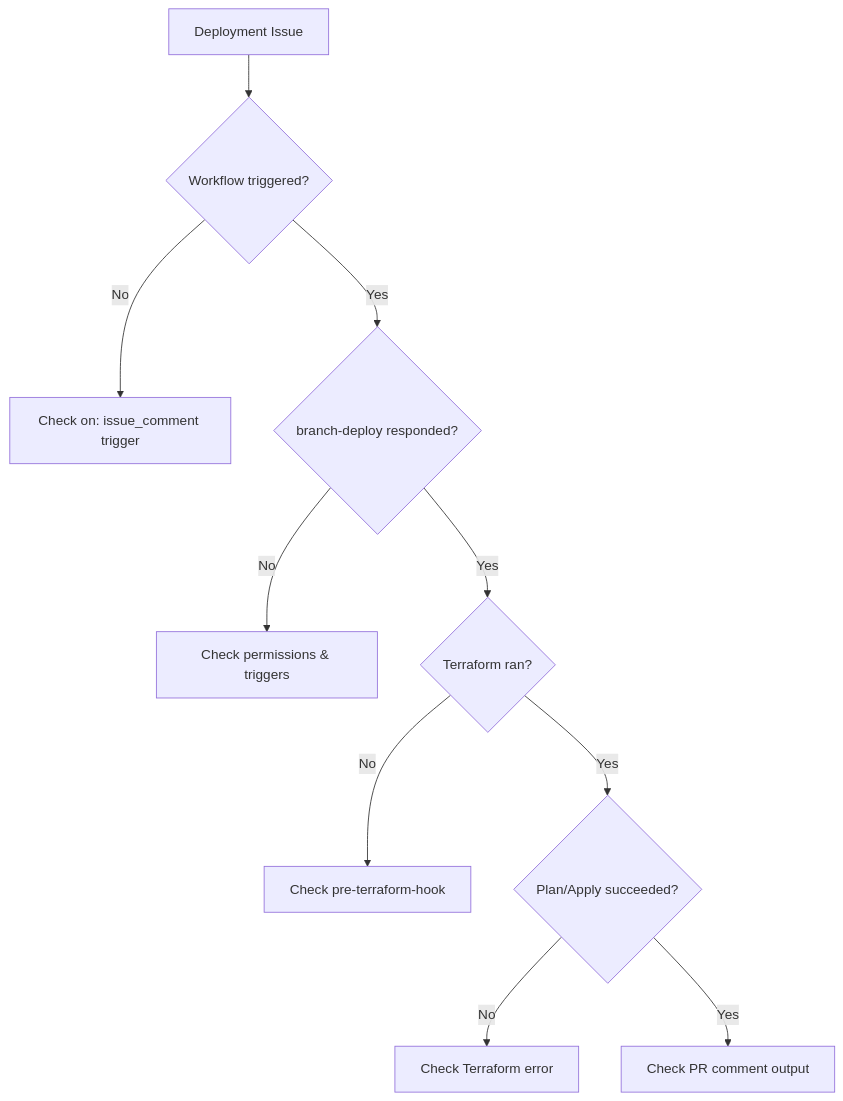
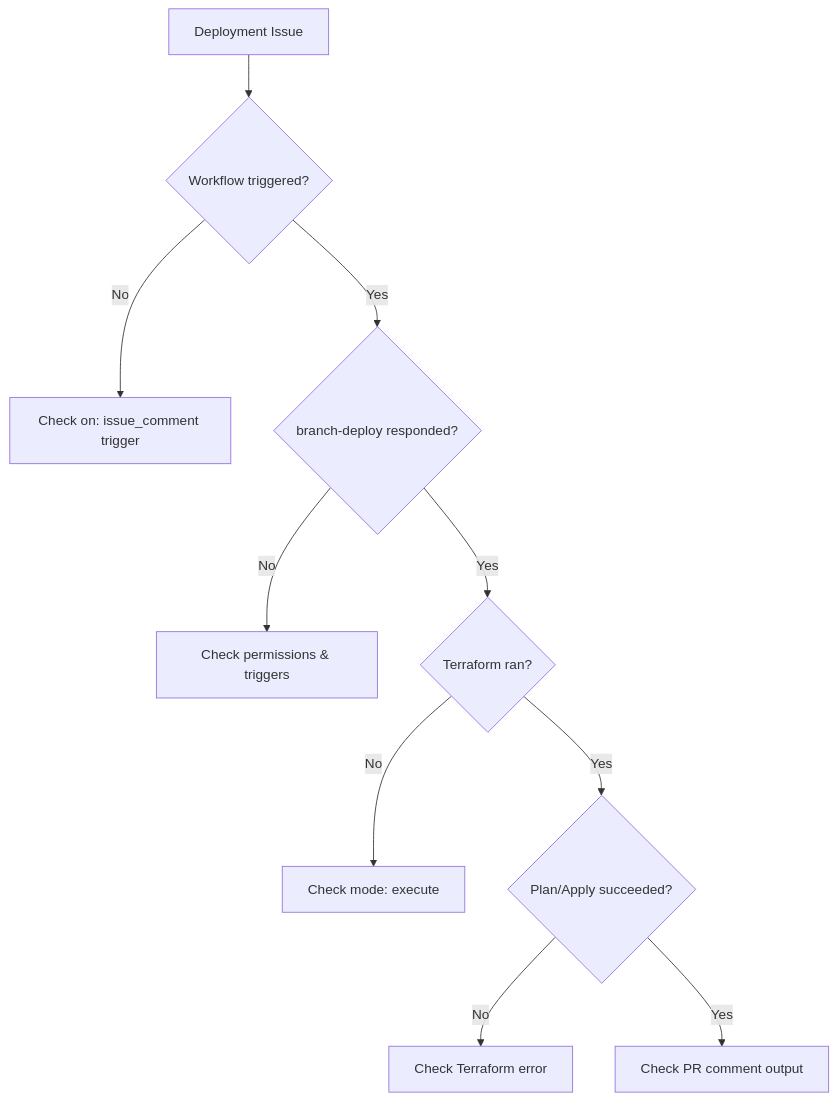
The diagram in docs/troubleshooting.md (scarowar/terraform-branch-deploy), drawn with Mermaid before and after one commit. The commit also changed other lines of this file and 35 other files, not shown here.

````diff
--- a/docs/troubleshooting.md
+++ b/docs/troubleshooting.md
@@ -5,12 +5,12 @@
 ```mermaid
 flowchart TD
     A[Deployment Issue] --> B{Workflow triggered?}
     B -->|No| C[Check on: issue_comment trigger]
     B -->|Yes| D{branch-deploy responded?}
     D -->|No| E[Check permissions & triggers]
     D -->|Yes| F{Terraform ran?}
-    F -->|No| G[Check pre-terraform-hook]
+    F -->|No| G[Check mode: execute]
     F -->|Yes| H{Plan/Apply succeeded?}
     H -->|No| I[Check Terraform error]
     H -->|Yes| J[Check PR comment output]
 ```
````
